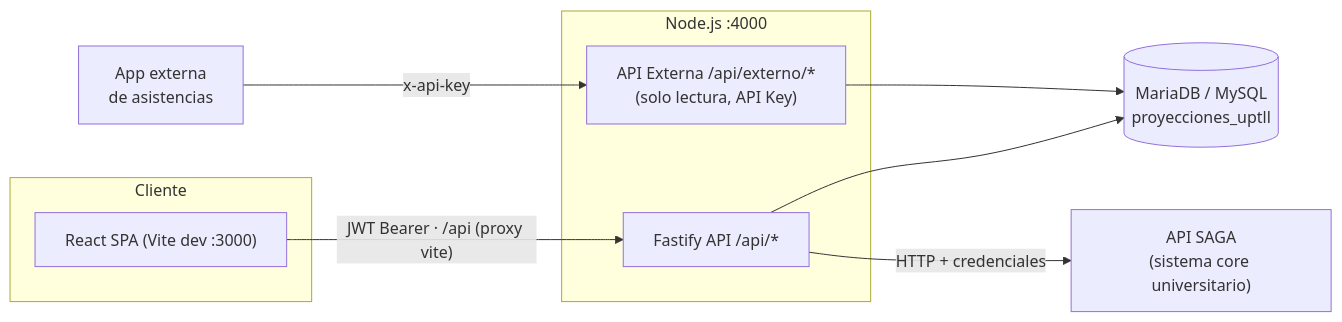
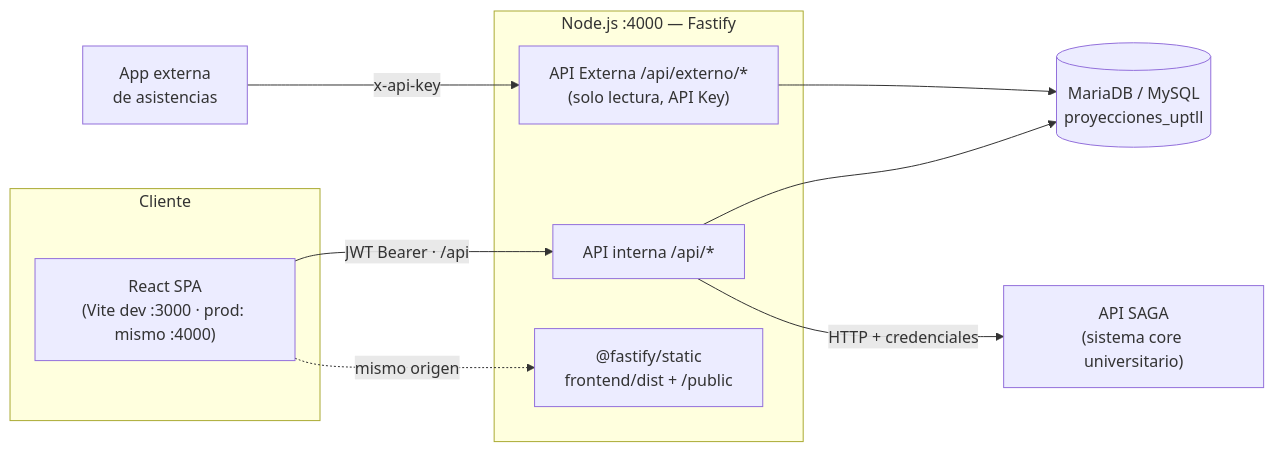
One commit to Javier-WH/Proyecciones_Rebuild changed the first of 6 diagrams in README.md. Above: the diagram before and after it, drawn with Mermaid. The commit also changed other lines of this file, not shown here.

````diff
--- a/README.md
+++ b/README.md
@@ -13,19 +13,21 @@
 ```mermaid
 flowchart LR
     subgraph Cliente
-        UI["React SPA (Vite dev :3000)"]
+        UI["React SPA<br/>(Vite dev :3000 · prod: mismo :4000)"]
     end
-    subgraph Servidor["Node.js :4000"]
-        API["Fastify API /api/*"]
+    subgraph Servidor["Node.js :4000 — Fastify"]
+        API["API interna /api/*"]
         EXT["API Externa /api/externo/*<br/>(solo lectura, API Key)"]
+        ST["@fastify/static<br/>frontend/dist + /public"]
     end
     DB[("MariaDB / MySQL<br/>proyecciones_uptll")]
     SAGA["API SAGA<br/>(sistema core universitario)"]
     ASIS["App externa<br/>de asistencias"]
 
-    UI -- "JWT Bearer · /api (proxy vite)" --> API
+    UI -- "JWT Bearer · /api" --> API
     API --> DB
     API -- "HTTP + credenciales" --> SAGA
     ASIS -- "x-api-key" --> EXT
     EXT --> DB
+    UI -. "mismo origen" .-> ST
 ```
````
